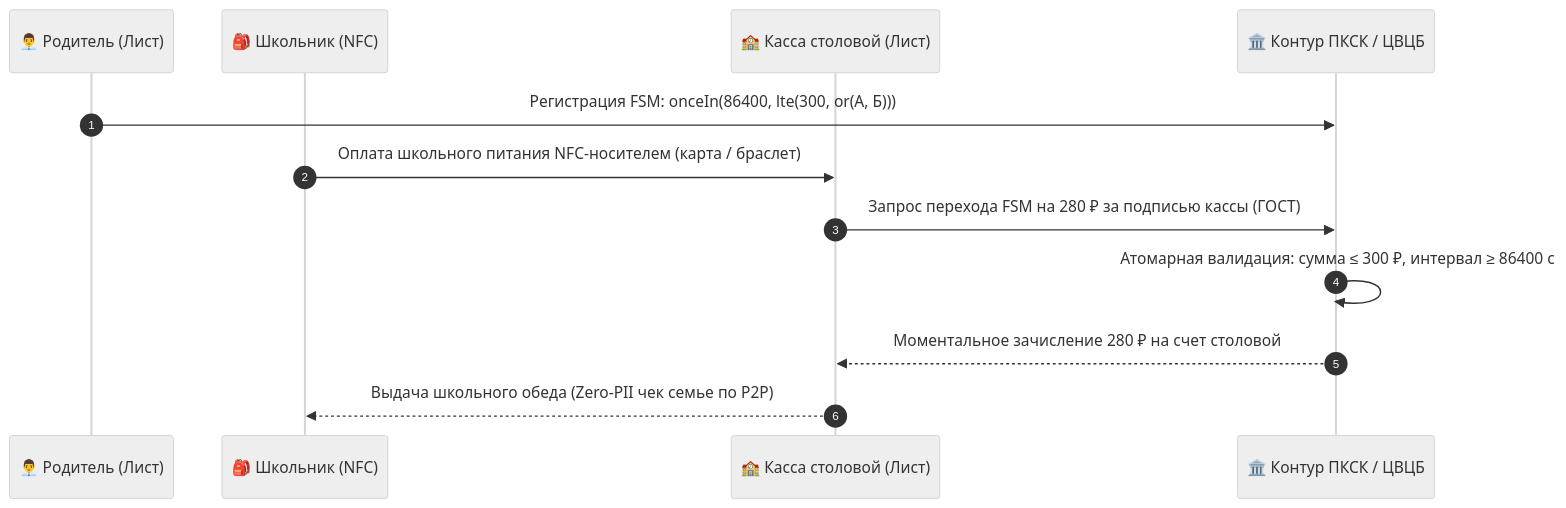
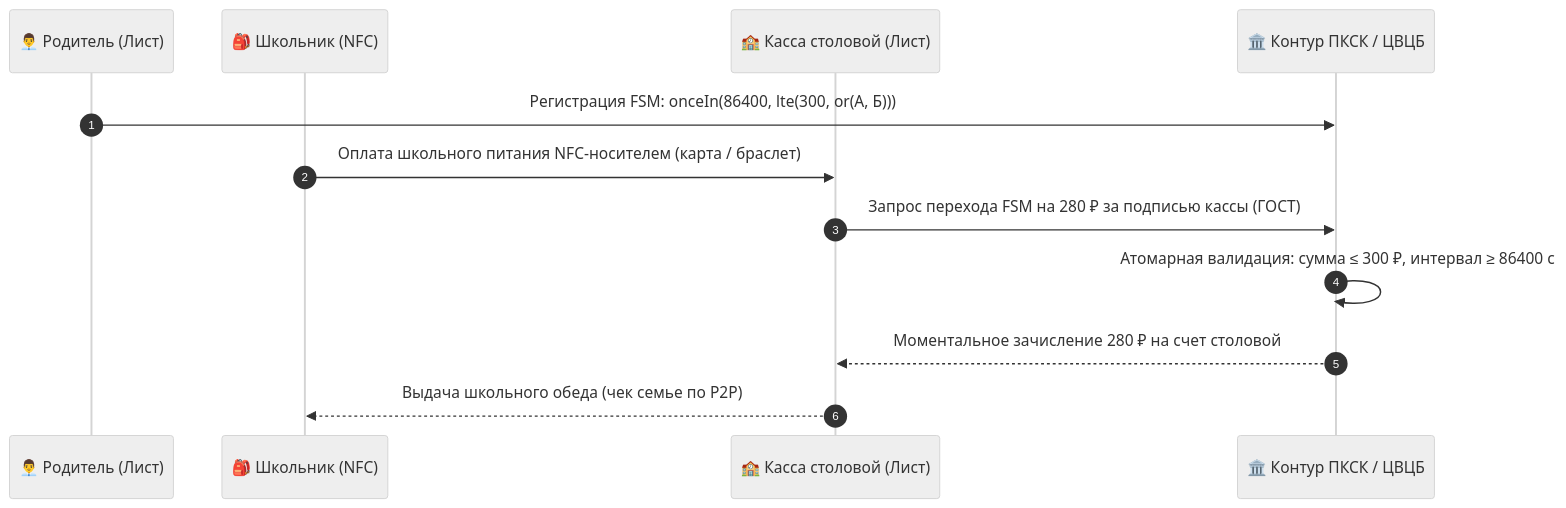
The third of 7 diagrams in shared_docs/whitepapers/06_cbr_smart_contracts_fsm_whitepaper.md (Data-Independence-Network/presentations), drawn with Mermaid (neutral theme) before and after one commit. The commit also changed other lines of this file and 8 other files, not shown here.

````diff
--- a/shared_docs/whitepapers/06_cbr_smart_contracts_fsm_whitepaper.md
+++ b/shared_docs/whitepapers/06_cbr_smart_contracts_fsm_whitepaper.md
@@ -244,15 +244,15 @@
 ```mermaid
 sequenceDiagram
     autonumber
     participant Parent as 👨‍💼 Родитель (Лист)
     participant Child as 🎒 Школьник (NFC)
     participant Canteen as 🏫 Касса столовой (Лист)
     participant CBR as 🏛️ Контур ПКСК / ЦВЦБ
 
     Parent->>CBR: Регистрация FSM: onceIn(86400, lte(300, or(А, Б)))
     Child->>Canteen: Оплата школьного питания NFC-носителем (карта / браслет)
     Canteen->>CBR: Запрос перехода FSM на 280 ₽ за подписью кассы (ГОСТ)
     CBR->>CBR: Атомарная валидация: сумма ≤ 300 ₽, интервал ≥ 86400 с
     CBR-->>Canteen: Моментальное зачисление 280 ₽ на счет столовой
-    Canteen-->>Child: Выдача школьного обеда (Zero-PII чек семье по P2P)
+    Canteen-->>Child: Выдача школьного обеда (чек семье по P2P)
 ```
````
